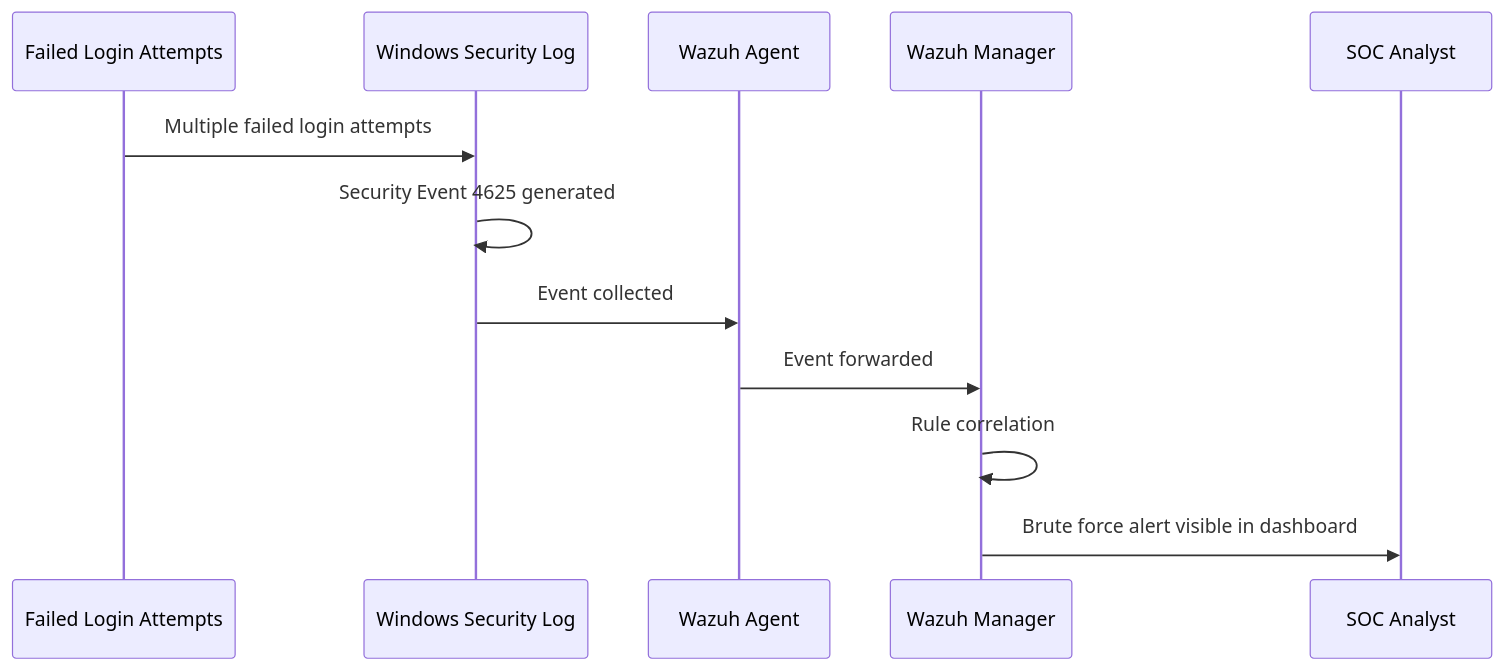
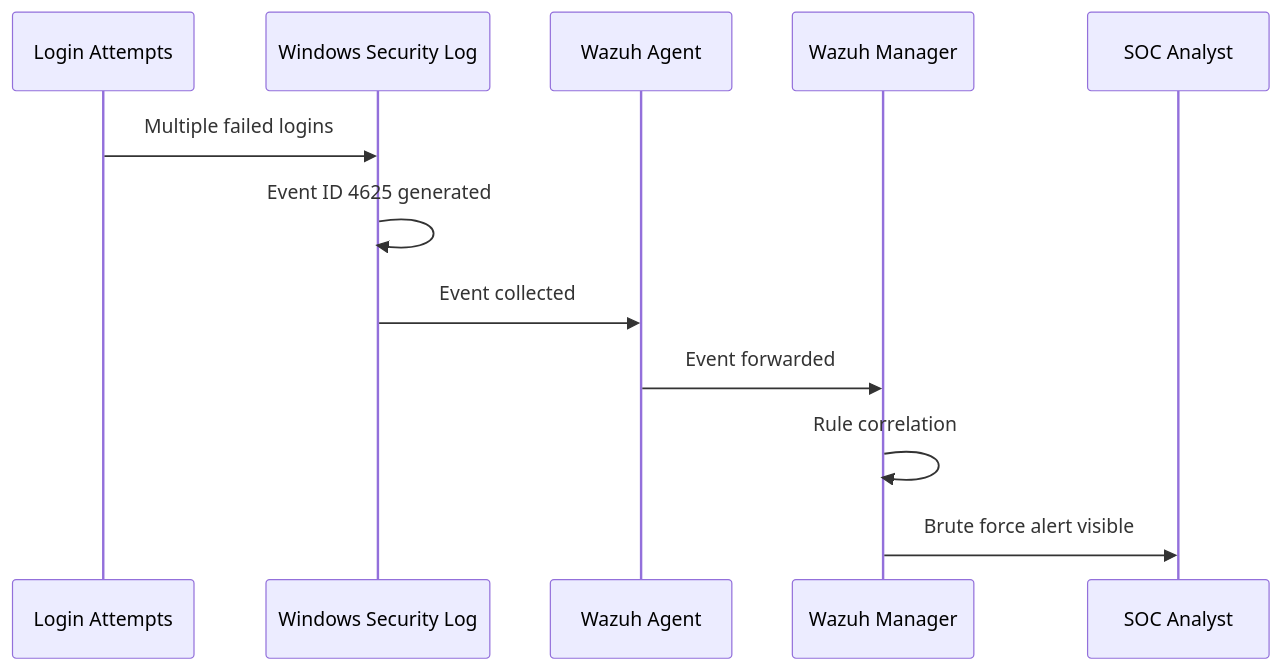
Before and after one commit to Jazz00001/enterprise-soc-lab-wazuh-mitre-detection: the third of 7 diagrams in README.md, drawn with Mermaid. The commit also changed other lines of this file, not shown here.

````diff
--- a/README.md
+++ b/README.md
@@ -224,15 +226,15 @@
 ```mermaid
 sequenceDiagram
-    participant Attacker as Failed Login Attempts
+    participant Source as Login Attempts
     participant Windows as Windows Security Log
     participant Agent as Wazuh Agent
     participant Manager as Wazuh Manager
     participant Analyst as SOC Analyst
 
-    Attacker->>Windows: Multiple failed login attempts
-    Windows->>Windows: Security Event 4625 generated
+    Source->>Windows: Multiple failed logins
+    Windows->>Windows: Event ID 4625 generated
     Windows->>Agent: Event collected
     Agent->>Manager: Event forwarded
     Manager->>Manager: Rule correlation
-    Manager->>Analyst: Brute force alert visible in dashboard
+    Manager->>Analyst: Brute force alert visible
 ```
````
